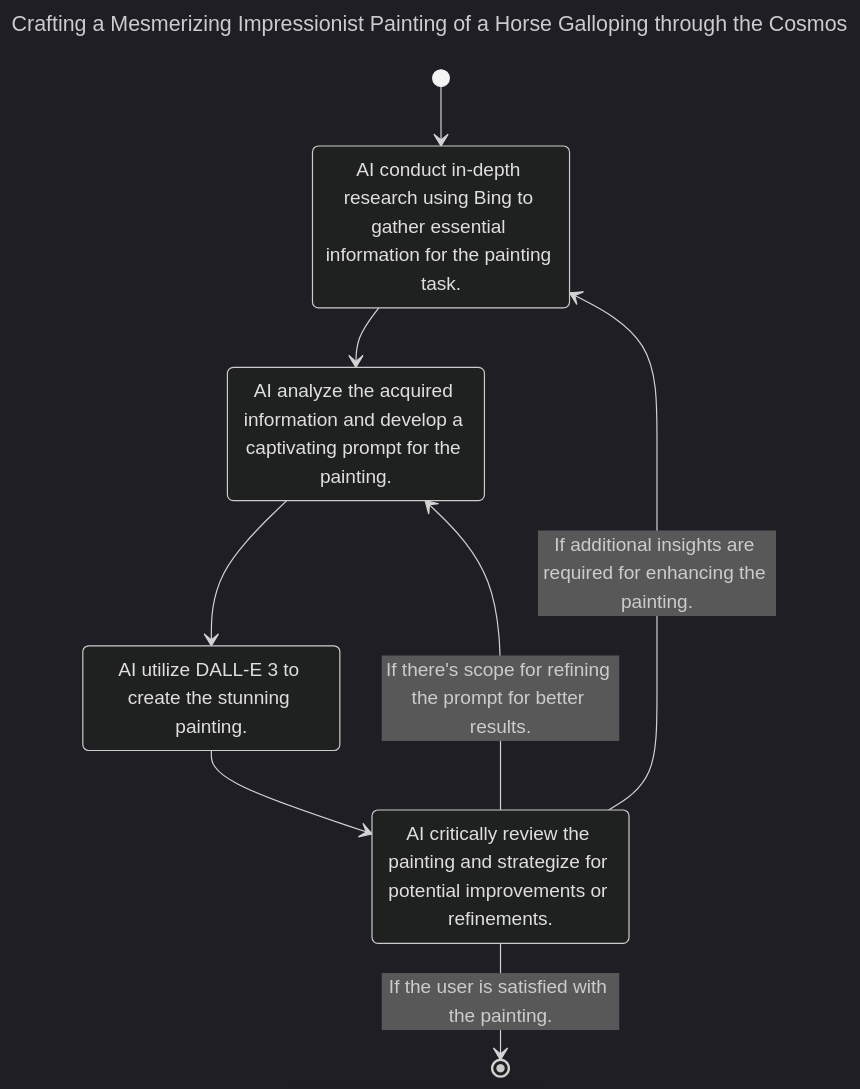
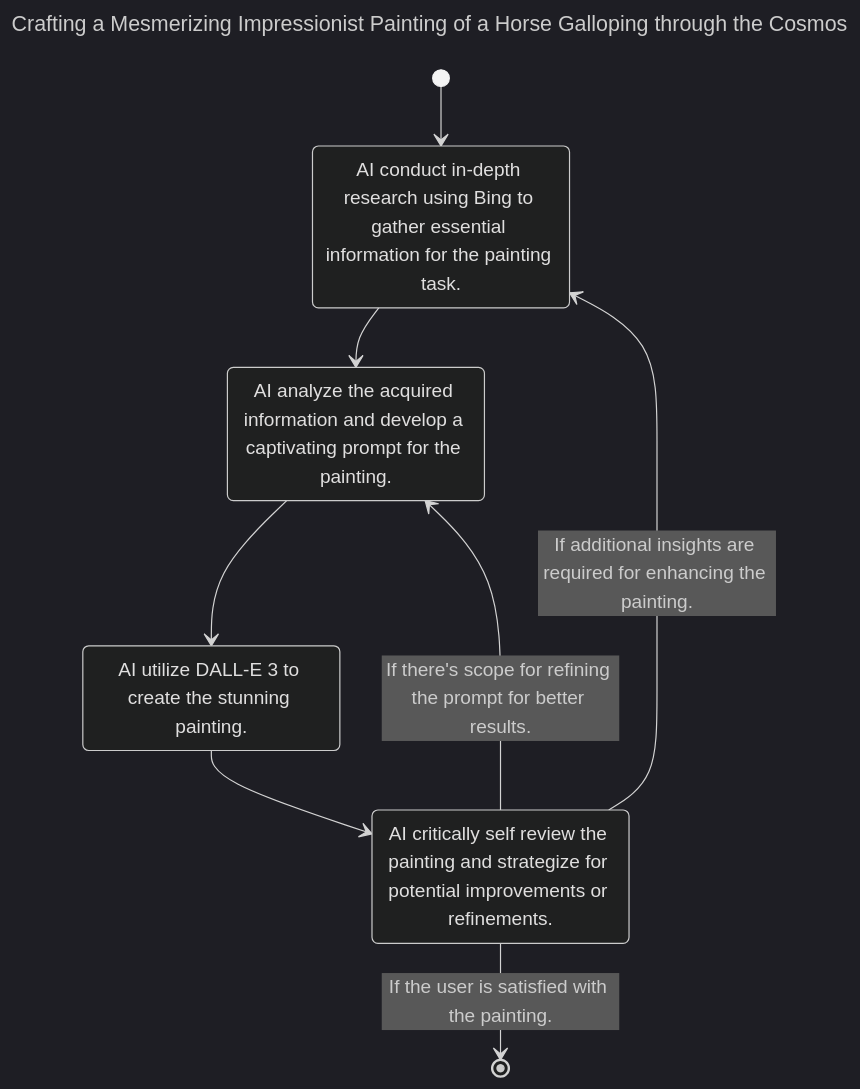
Before and after one commit to fladdict/llmermaid: the second of 2 diagrams in README.md, drawn with Mermaid (dark theme). The commit also changed other lines of this file, not shown here.

````diff
--- a/README.md
+++ b/README.md
@@ -85,18 +87,18 @@
 ```mermaid
 ---
 title: Crafting a Mesmerizing Impressionist Painting of a Horse Galloping through the Cosmos
 ---
 stateDiagram-v2
 [*] --> A
 A --> B
 B --> C
 C --> D
 D --> A: If additional insights are required for enhancing the painting.
 D --> B: If there's scope for refining the prompt for better results.
 D --> [*]: If the user is satisfied with the painting.
 
 A: AI conduct in-depth research using Bing to gather essential information for the painting task.
 B: AI analyze the acquired information and develop a captivating prompt for the painting.
 C: AI utilize DALL-E 3 to create the stunning painting.
-D: AI critically review the painting and strategize for potential improvements or refinements.
+D: AI critically self review the painting and strategize for potential improvements or refinements.
 ```
````
